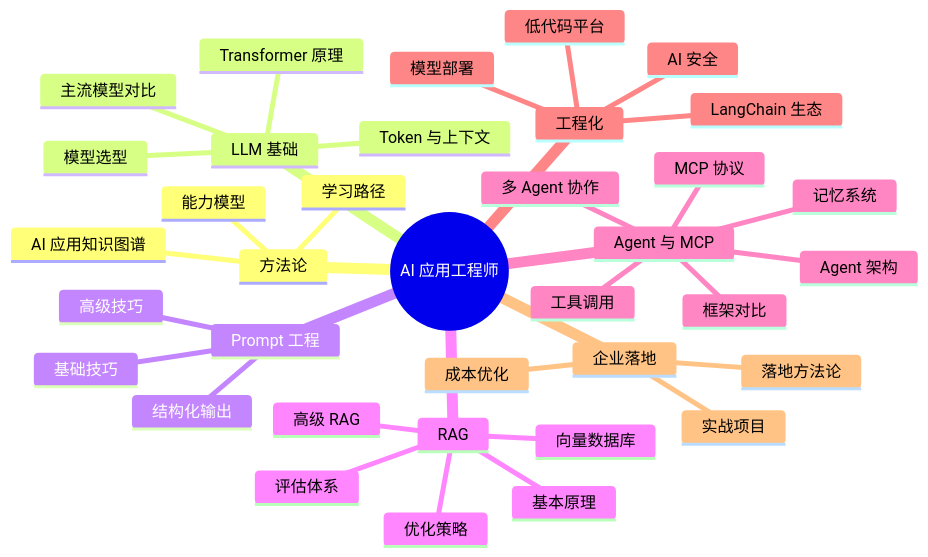
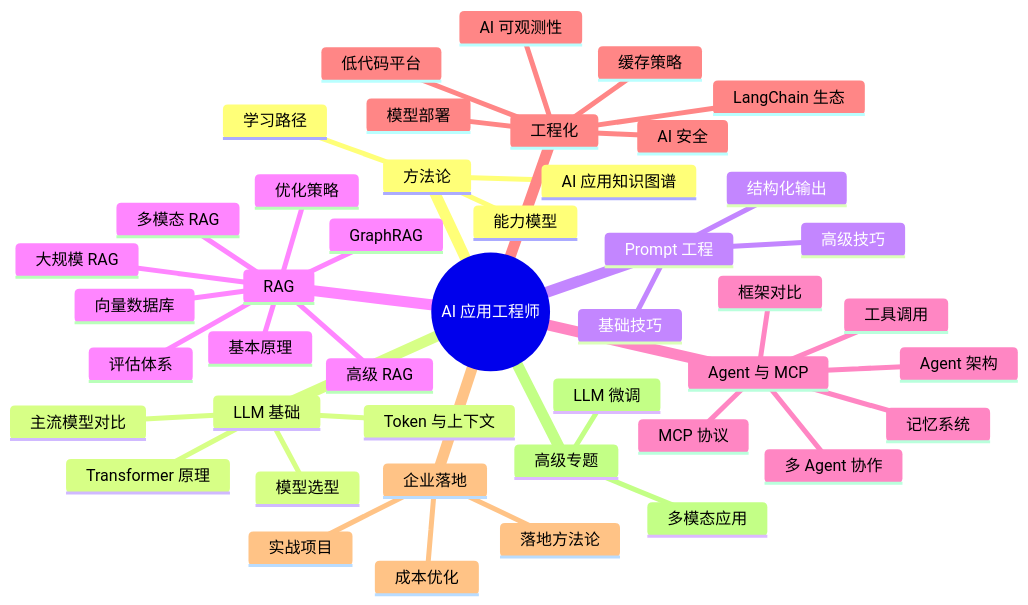
Before and after one commit to ScottWZY/portal: the diagram in wiki-docs/docs/ai-application/index.md, drawn with Mermaid. The commit also changed other lines of this file and 1 other file, not shown here.

````diff
--- a/wiki-docs/docs/ai-application/index.md
+++ b/wiki-docs/docs/ai-application/index.md
@@ -19,39 +19,47 @@
 ```mermaid
 mindmap
   root((AI 应用工程师))
     方法论
       AI 应用知识图谱
       能力模型
       学习路径
     LLM 基础
       Transformer 原理
       Token 与上下文
       主流模型对比
       模型选型
     Prompt 工程
       基础技巧
       高级技巧
       结构化输出
     RAG
       基本原理
       向量数据库
       优化策略
       评估体系
       高级 RAG
+      多模态 RAG
+      GraphRAG
+      大规模 RAG
     Agent 与 MCP
       Agent 架构
       工具调用
       多 Agent 协作
       记忆系统
       框架对比
       MCP 协议
     工程化
       LangChain 生态
       模型部署
+      缓存策略
       低代码平台
       AI 安全
+      AI 可观测性
     企业落地
       落地方法论
       成本优化
       实战项目
+    高级专题
+      LLM 微调
+      多模态应用
 ```
````
